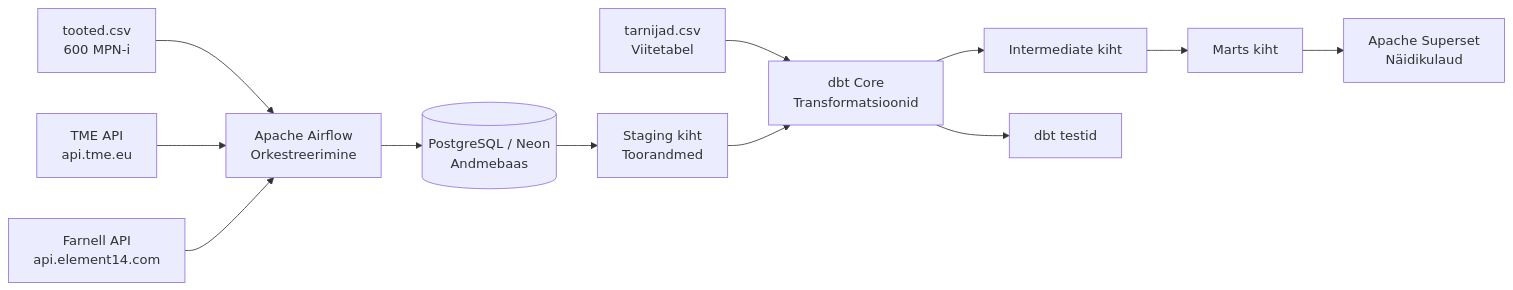
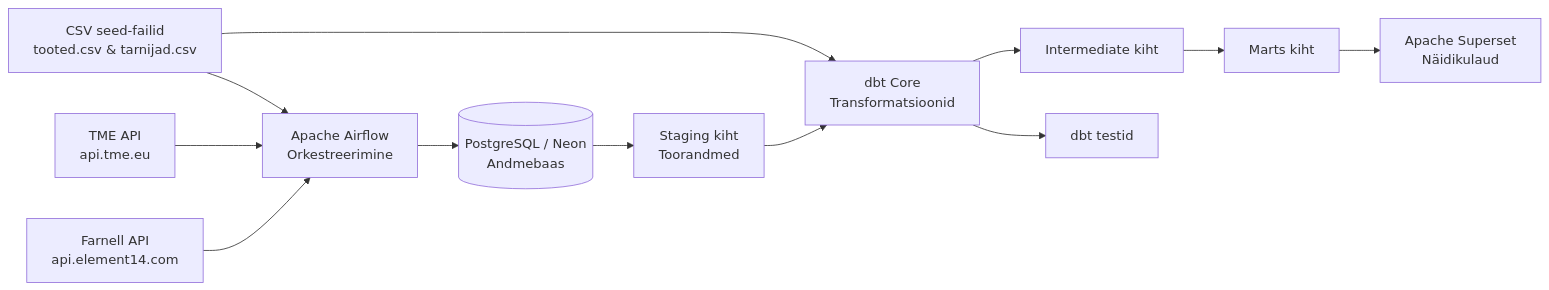
The diagram in docs/arhitektuur.md (mplza/tarnijakataloogid), drawn with Mermaid before and after one commit.

Commit message:
Paranda mermaid seedide voog

````diff
--- a/docs/arhitektuur.md
+++ b/docs/arhitektuur.md
@@ -49,18 +49,18 @@
 ```mermaid
 flowchart LR
-    SEED["tooted.csv<br/>600 MPN-i"] --> B["Apache Airflow<br/>Orkestreerimine"]
+    SEED["CSV seed-failid<br/>tooted.csv & tarnijad.csv"] --> B["Apache Airflow<br/>Orkestreerimine"]
+    SEED --> F["dbt Core<br/>Transformatsioonid"]
     TME["TME API<br/>api.tme.eu"] --> B
     E14["Farnell API<br/>api.element14.com"] --> B
 
     B --> D[("PostgreSQL / Neon<br/>Andmebaas")]
 
     D --> E["Staging kiht<br/>Toorandmed"]
-    SEED2["tarnijad.csv<br/>Viitetabel"] --> F
-    E --> F["dbt Core<br/>Transformatsioonid"]
+    E --> F
     F --> G["Intermediate kiht"]
     G --> H["Marts kiht"]
 
     F --> I["dbt testid"]
 
     H --> J["Apache Superset<br/>Näidikulaud"]
 ```
````
